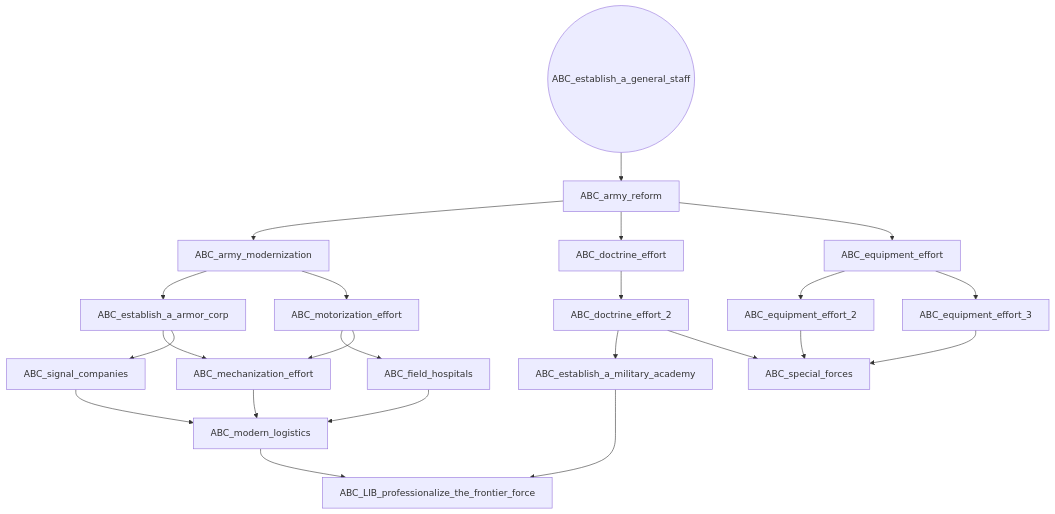
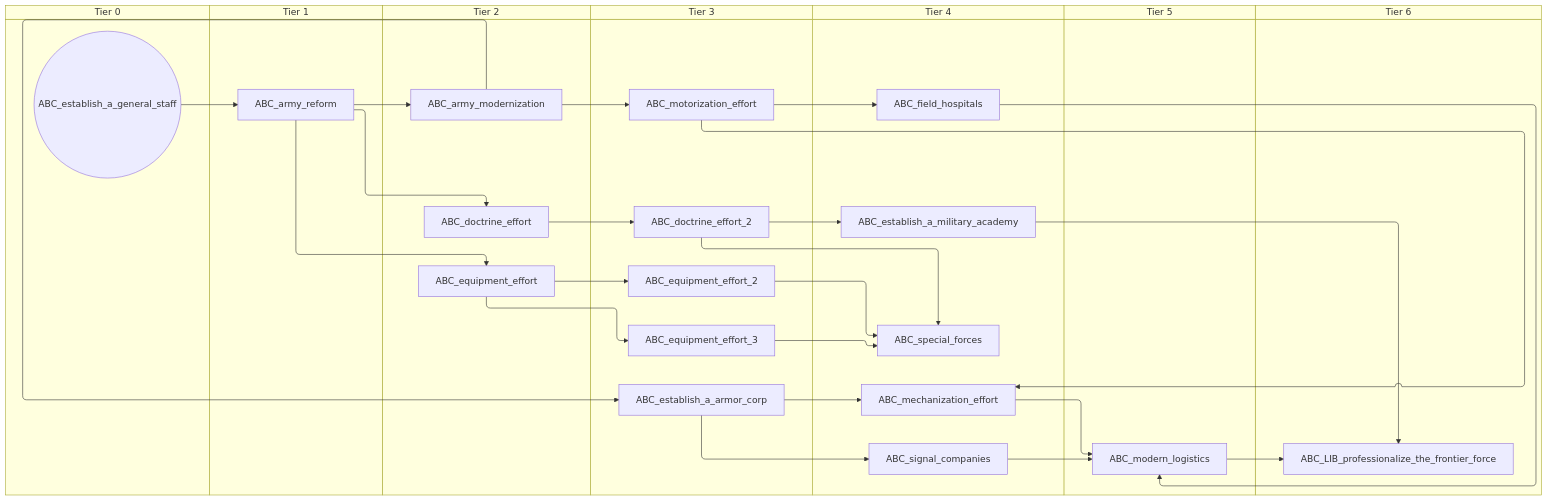
One commit to evgeny-sobol/hoi4-sandbox-mode-r56 changed the diagram in docs/gdd/National Focuses/ABC_shared.md. Above: the diagram before and after it, drawn with Mermaid. The commit also changed 423 other files, not shown here.

First line of the commit message:
Re-export Rt56 focus trees as swimlane diagrams

````diff
--- a/docs/gdd/National Focuses/ABC_shared.md
+++ b/docs/gdd/National Focuses/ABC_shared.md
@@ -3,42 +3,56 @@
 ```mermaid
-flowchart TD
-    n1["ABC_LIB_professionalize_the_frontier_force"]
-    n2["ABC_army_modernization"]
-    n3["ABC_army_reform"]
-    n4["ABC_doctrine_effort"]
-    n5["ABC_doctrine_effort_2"]
-    n6["ABC_equipment_effort"]
-    n7["ABC_equipment_effort_2"]
-    n8["ABC_equipment_effort_3"]
-    n9["ABC_establish_a_armor_corp"]
-    n10(("ABC_establish_a_general_staff"))
-    n11["ABC_establish_a_military_academy"]
-    n12["ABC_field_hospitals"]
-    n13["ABC_mechanization_effort"]
-    n14["ABC_modern_logistics"]
-    n15["ABC_motorization_effort"]
-    n16["ABC_signal_companies"]
-    n17["ABC_special_forces"]
-    n11 --> n1
-    n14 --> n1
-    n3 --> n2
-    n10 --> n3
-    n3 --> n4
-    n4 --> n5
-    n3 --> n6
-    n6 --> n7
-    n6 --> n8
-    n2 --> n9
-    n5 --> n11
-    n15 --> n12
+swimlane-beta TD
+    subgraph tier_0["Tier 0"]
+        n1(("ABC_establish_a_general_staff"))
+    end
+    subgraph tier_1["Tier 1"]
+        n2["ABC_army_reform"]
+    end
+    subgraph tier_2["Tier 2"]
+        n3["ABC_army_modernization"]
+        n4["ABC_doctrine_effort"]
+        n5["ABC_equipment_effort"]
+    end
+    subgraph tier_3["Tier 3"]
+        n6["ABC_doctrine_effort_2"]
+        n7["ABC_equipment_effort_2"]
+        n8["ABC_equipment_effort_3"]
+        n9["ABC_establish_a_armor_corp"]
+        n10["ABC_motorization_effort"]
+    end
+    subgraph tier_4["Tier 4"]
+        n11["ABC_establish_a_military_academy"]
+        n12["ABC_field_hospitals"]
+        n13["ABC_mechanization_effort"]
+        n14["ABC_signal_companies"]
+        n15["ABC_special_forces"]
+    end
+    subgraph tier_5["Tier 5"]
+        n16["ABC_modern_logistics"]
+    end
+    subgraph tier_6["Tier 6"]
+        n17["ABC_LIB_professionalize_the_frontier_force"]
+    end
+    n11 --> n17
+    n16 --> n17
+    n2 --> n3
+    n1 --> n2
+    n2 --> n4
+    n4 --> n6
+    n2 --> n5
+    n5 --> n7
+    n5 --> n8
+    n3 --> n9
+    n6 --> n11
+    n10 --> n12
     n9 --> n13
-    n15 --> n13
-    n12 --> n14
-    n13 --> n14
-    n16 --> n14
-    n2 --> n15
-    n9 --> n16
-    n8 --> n17
-    n5 --> n17
-    n7 --> n17
+    n10 --> n13
+    n12 --> n16
+    n13 --> n16
+    n14 --> n16
+    n3 --> n10
+    n9 --> n14
+    n8 --> n15
+    n6 --> n15
+    n7 --> n15
 ```
````
